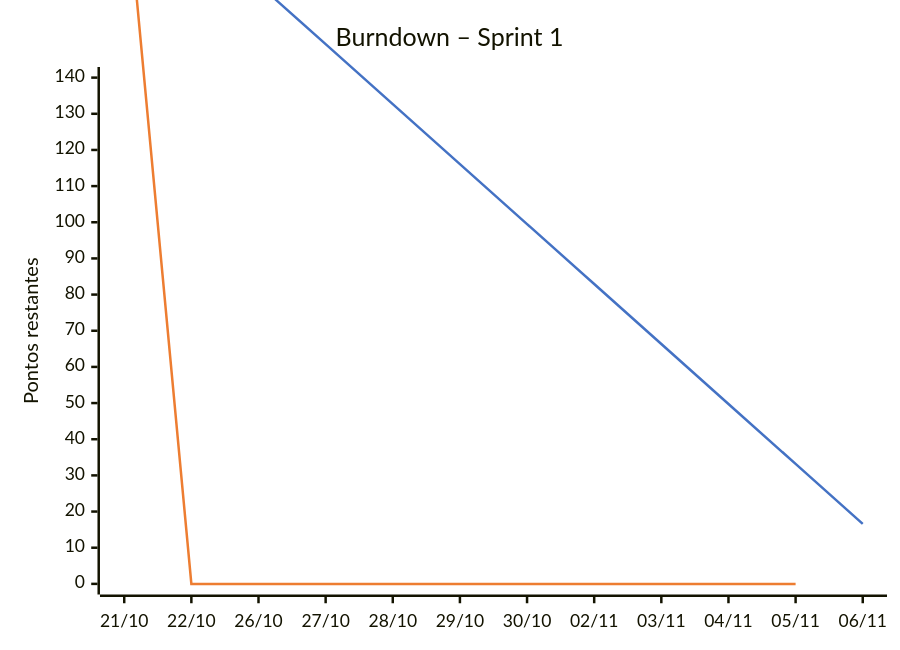
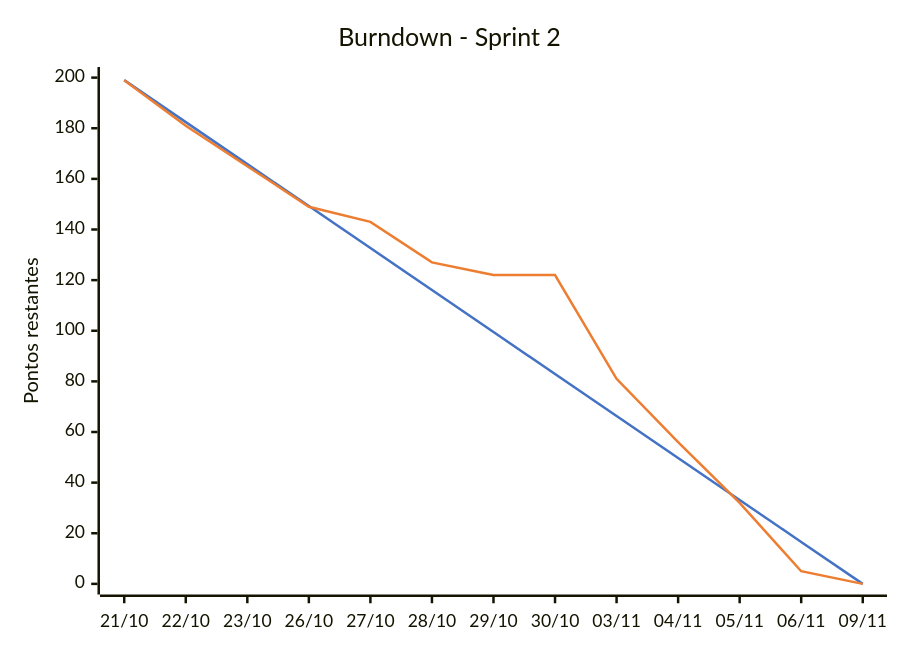
Before and after one commit to greenstackfatec-tech/greener: the diagram in docs/sprints/sprint-2.md, drawn with Mermaid. The commit also changed other lines of this file, not shown here.

Commit message:
docs: atualiza documento da sprint-2 (#144) [S2]

````diff
--- a/docs/sprints/sprint-2.md
+++ b/docs/sprints/sprint-2.md
@@ -81,14 +103,14 @@
 ```mermaid
 ---
 config:
   themeVariables:
     xyChart:
       plotColorPalette: "#4472C4, #ED7D31"
 ---
 xychart-beta
-    title "Burndown – Sprint 1"
-    x-axis ["21/10", "22/10", "26/10", "27/10", "28/10", "29/10", "30/10", "02/11", "03/11", "04/11", "05/11", "06/11"]
-    y-axis "Pontos restantes" 0 --> 140
-    line [199, 182.42, 165.83, 149.25, 132.67, 116.08, 99.5, 82.92, 66.33, 49.75, 33.17, 16.58]
-    line [199, 0, 0, 0, 0, 0, 0, 0, 0, 0, 0]
+    title "Burndown - Sprint 2"
+    x-axis ["21/10", "22/10", "23/10", "26/10", "27/10", "28/10", "29/10", "30/10", "03/11", "04/11", "05/11", "06/11", "09/11"]
+    y-axis "Pontos restantes" 0 --> 200
+    line [199, 182.42, 165.83, 149.25, 132.67, 116.08, 99.5, 82.92, 66.33, 49.75, 33.17, 16.58, 0]
+    line [199, 181, 165, 149, 143, 127, 122, 122, 81, 56, 32, 5, 0]
 ```
````
